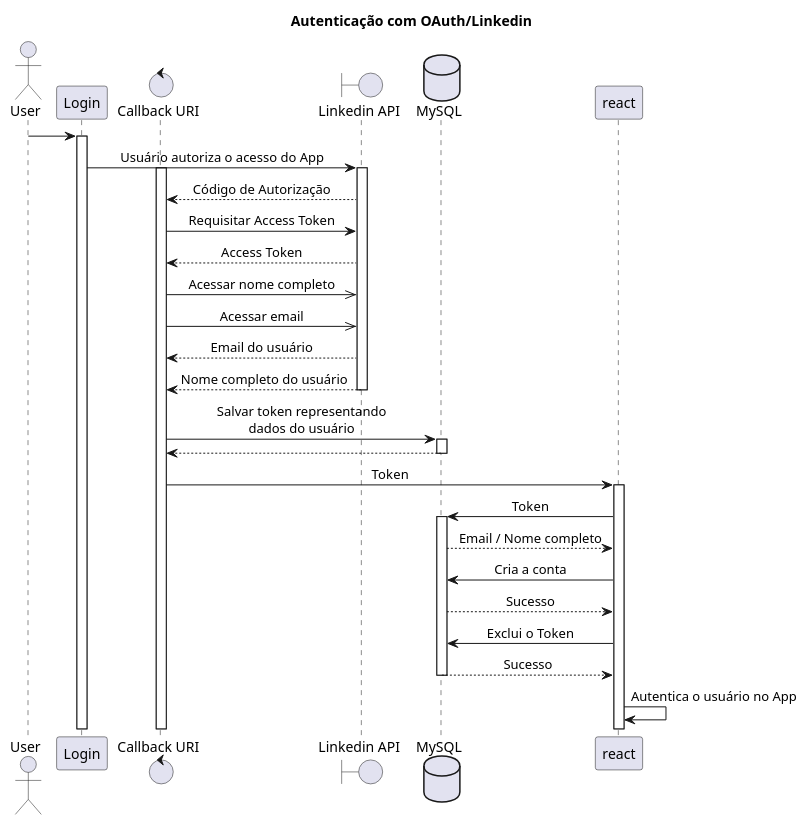
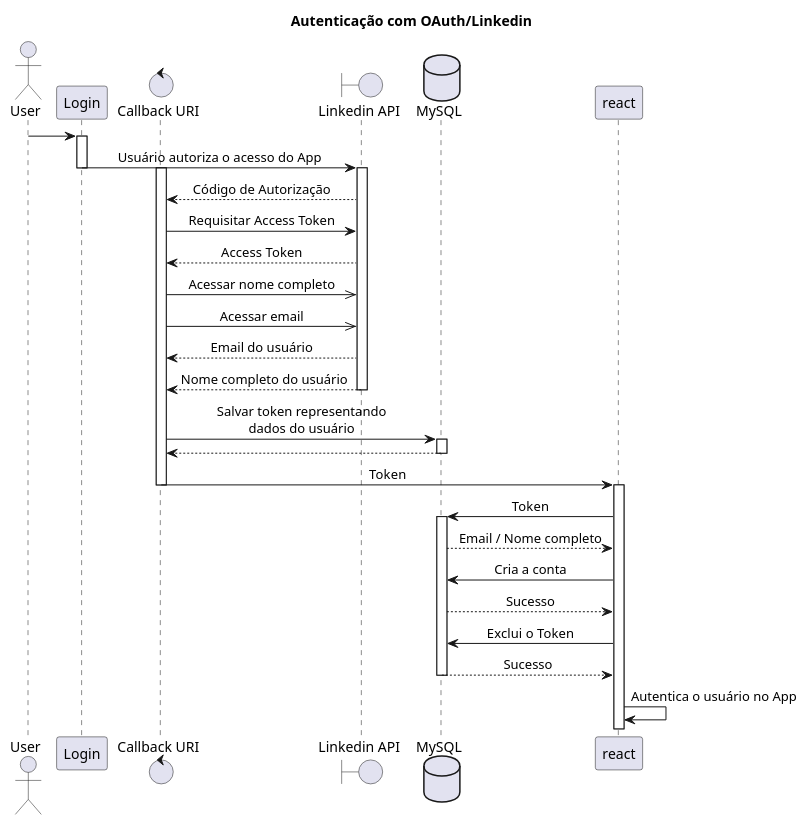
One commit to puc-projeto-integrado/smart-business changed the diagram in documentation/diagrams/sequence/localbusiness_auth-linkedin.puml. Above: the diagram before and after it, drawn with PlantUML. The commit also changed 7 other files, not shown here.

```diff
--- a/documentation/diagrams/sequence/localbusiness_auth-linkedin.puml
+++ b/documentation/diagrams/sequence/localbusiness_auth-linkedin.puml
@@ -1,46 +1,47 @@
 @startuml
 title "Autenticação com OAuth/Linkedin"
 skinparam sequenceMessageAlign center
 actor User as user
 'participant LocalBusiness as localbusiness
 participant Login as login
 control "Callback URI" as callback
 boundary "Linkedin API" as lapi
 database MySQL as database
 
 box "LocalBusiness"
     user -> login
     activate login
     login -> lapi: Usuário autoriza o acesso do App
+    deactivate login
     activate callback
 end box
 
 activate lapi
 callback <-- lapi: Código de Autorização
 callback -> lapi: Requisitar Access Token
 callback <-- lapi: Access Token
 callback ->> lapi : Acessar nome completo
 callback ->> lapi : Acessar email
 lapi --> callback : Email do usuário
 lapi --> callback : Nome completo do usuário
 deactivate lapi
 
 callback -> database : Salvar token representando\ndados do usuário
 
 activate database
 database --> callback
 deactivate database
 
 callback -> react : Token
+deactivate callback
 activate react
 react -> database : Token
 activate database
 database --> react: Email / Nome completo
 react -> database : Cria a conta
 database --> react : Sucesso
 react -> database : Exclui o Token
 database --> react : Sucesso
 deactivate database
 react -> react : Autentica o usuário no App
-
 @enduml
```
